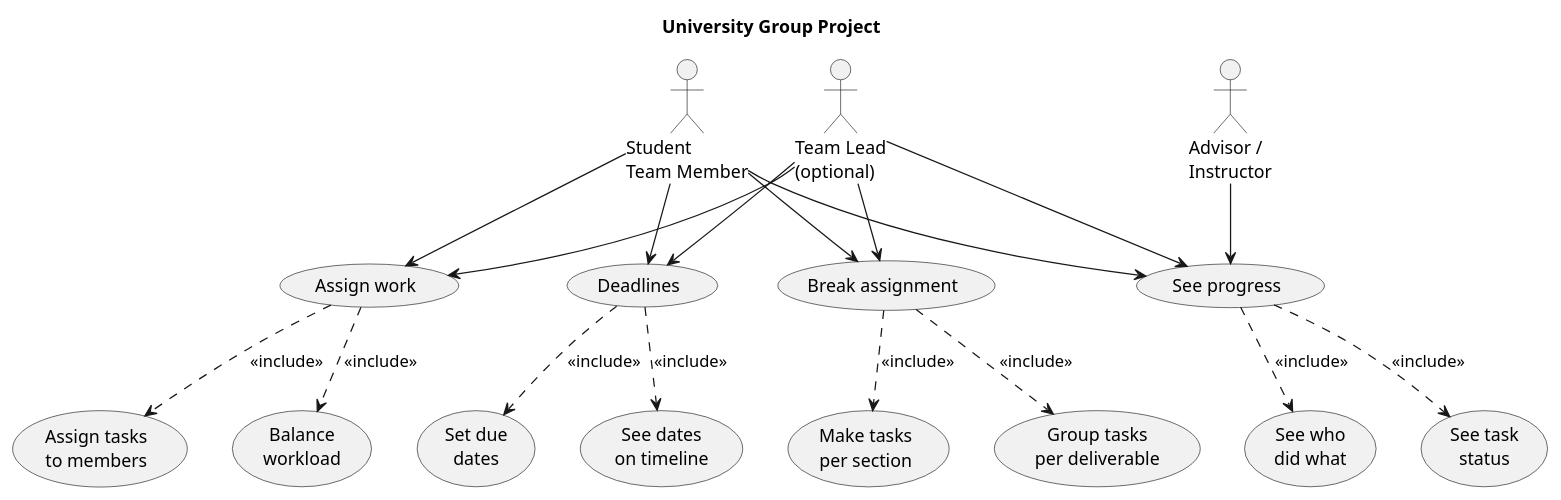
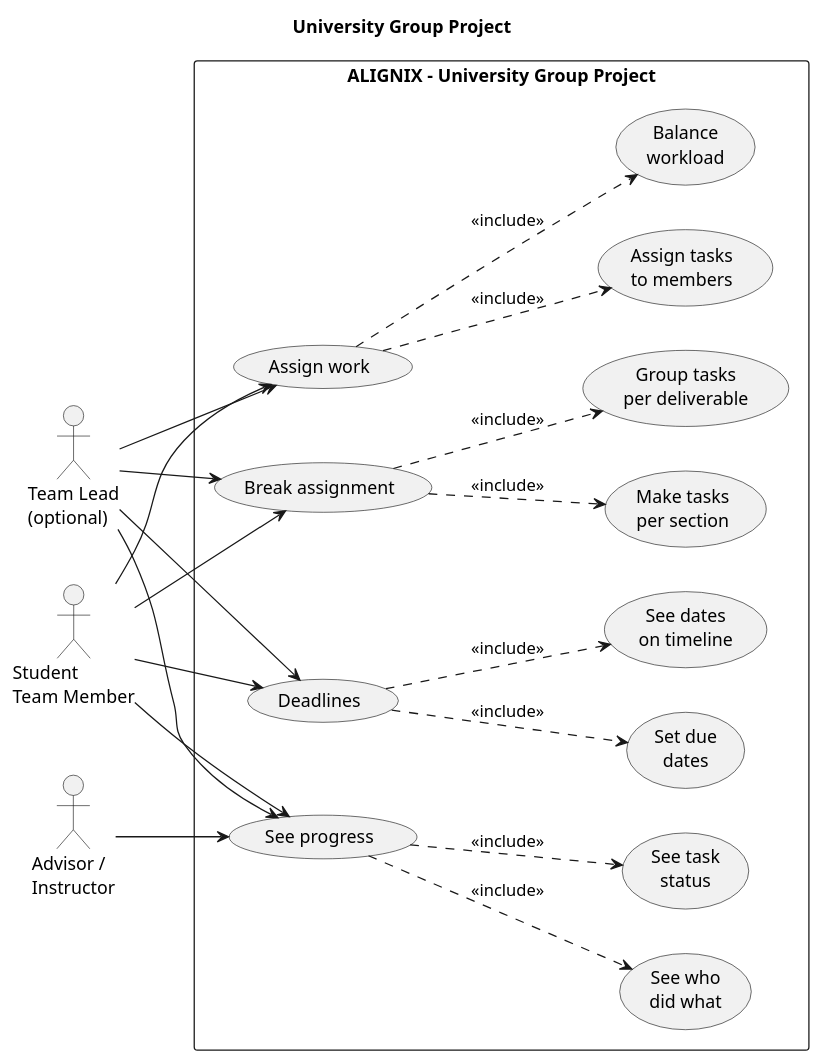
The diagram in diagrams/usecasediagram5.puml (ANasser00/project-management), drawn with PlantUML before and after one commit. The commit also changed 8 other files, not shown here.

Commit message:
Updated diagrams.

```diff
--- a/diagrams/usecasediagram5.puml
+++ b/diagrams/usecasediagram5.puml
@@ -1,60 +1,67 @@
 @startuml
+left to right direction
 
 title University Group Project
 
+' --- Left-side actors ---
 actor "Student\nTeam Member" as Student
 actor "Team Lead\n(optional)" as Lead
+
+rectangle "ALIGNIX – University Group Project" as System {
+
+  ' --- Main use cases ---
+  usecase "Break assignment" as UC_BREAK
+  usecase "Assign work" as UC_ASSIGN
+  usecase "Deadlines" as UC_DEADLINES
+  usecase "See progress" as UC_PROGRESS
+
+  ' --- Included details ---
+
+  ' Break assignment
+  usecase "Make tasks\nper section" as UC_TASKS_SECTIONS
+  usecase "Group tasks\nper deliverable" as UC_TASKS_DELIV
+
+  ' Assign work
+  usecase "Assign tasks\nto members" as UC_ASSIGN_MEMBER
+  usecase "Balance\nworkload" as UC_BALANCE
+
+  ' Deadlines
+  usecase "Set due\ndates" as UC_SET_DATES
+  usecase "See dates\non timeline" as UC_SEE_TIMELINE
+
+  ' See progress
+  usecase "See who\ndid what" as UC_WHO_DID
+  usecase "See task\nstatus" as UC_STATUS_VIEW
+}
+
+' --- Right-side actor ---
 actor "Advisor /\nInstructor" as Advisor
-
-' --- Main use cases ---
-usecase "Break assignment" as UC_BREAK
-usecase "Assign work" as UC_ASSIGN
-usecase "Deadlines" as UC_DEADLINES
-usecase "See progress" as UC_PROGRESS
-
-' --- Included details (simple) ---
-
-' Break assignment
-usecase "Make tasks\nper section" as UC_TASKS_SECTIONS
-usecase "Group tasks\nper deliverable" as UC_TASKS_DELIV
-
-' Assign work
-usecase "Assign tasks\nto members" as UC_ASSIGN_MEMBER
-usecase "Balance\nworkload" as UC_BALANCE
-
-' Deadlines
-usecase "Set due\ndates" as UC_SET_DATES
-usecase "See dates\non timeline" as UC_SEE_TIMELINE
-
-' See progress
-usecase "See who\ndid what" as UC_WHO_DID
-usecase "See task\nstatus" as UC_STATUS_VIEW
 
 ' --- include relations ---
 UC_BREAK ..> UC_TASKS_SECTIONS : <<include>>
 UC_BREAK ..> UC_TASKS_DELIV : <<include>>
 
 UC_ASSIGN ..> UC_ASSIGN_MEMBER : <<include>>
 UC_ASSIGN ..> UC_BALANCE : <<include>>
 
 UC_DEADLINES ..> UC_SET_DATES : <<include>>
 UC_DEADLINES ..> UC_SEE_TIMELINE : <<include>>
 
 UC_PROGRESS ..> UC_WHO_DID : <<include>>
 UC_PROGRESS ..> UC_STATUS_VIEW : <<include>>
 
-' --- Actors → main use cases ---
-
+' --- Actors → main use cases (left) ---
 Student --> UC_BREAK
 Student --> UC_ASSIGN
 Student --> UC_DEADLINES
 Student --> UC_PROGRESS
 
 Lead --> UC_BREAK
 Lead --> UC_ASSIGN
 Lead --> UC_DEADLINES
 Lead --> UC_PROGRESS
 
+' --- Actor → main use cases (right) ---
 Advisor --> UC_PROGRESS
 
 @enduml
```
